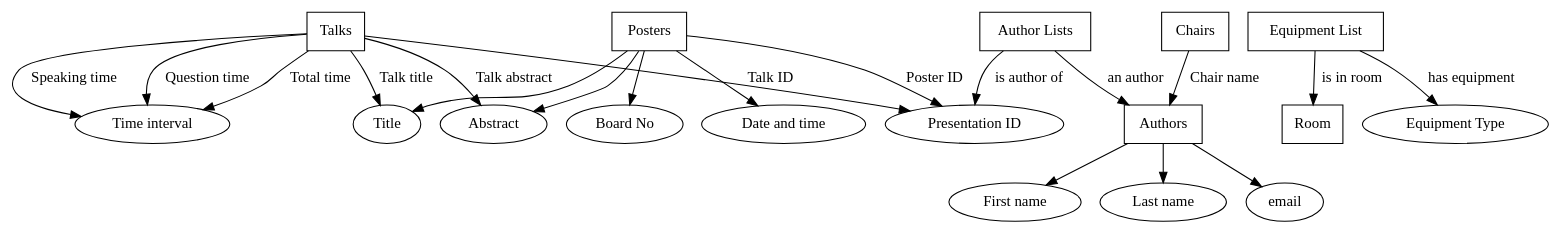
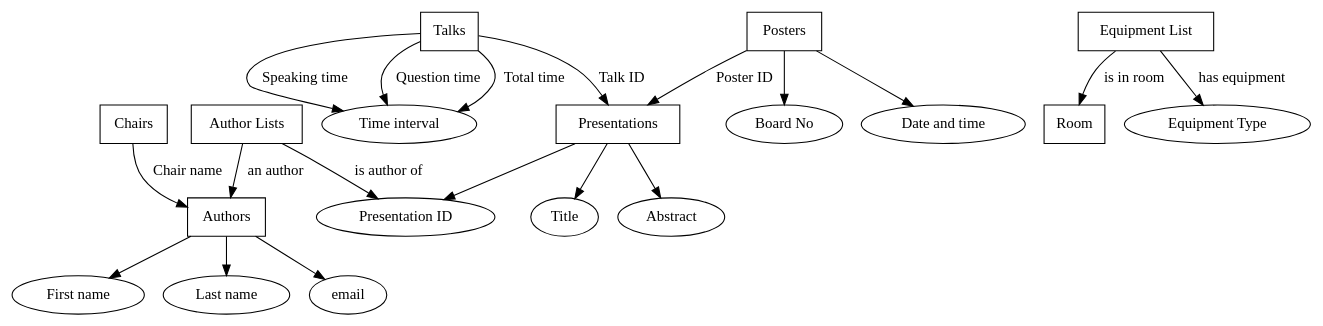
Before and after one commit to Edan97/Demonstration_Dictionary: the diagram in Concept/first_graph.dot, drawn with Graphviz. The commit also changed 1 other file, not shown here.

Commit message:
Made overall presentation category.

```diff
--- a/Concept/first_graph.dot
+++ b/Concept/first_graph.dot
@@ -1,28 +1,28 @@
 digraph G {
+"Presentations" [shape="box"]
 "Talks" [shape="box"]
 "Authors" [shape="box"]
 "Posters" [shape="box"]
 "Room" [shape="box"]
 "Chairs" [shape="box"]
 "Author Lists" [shape="box"]
 "Equipment List" [shape="box"]
-"Talks" -> "Presentation ID" [label="Talk ID"]
+"Presentations" -> "Title"
+"Presentations" -> "Abstract"
+"Presentations" -> "Presentation ID"
+"Talks" -> "Presentations" [label="Talk ID"]
 "Talks" -> "Time interval" [label="Speaking time"]
 "Talks" -> "Time interval" [label="Question time"]
 "Talks" -> "Time interval" [label="Total time"]
-"Talks" -> "Title" [label="Talk title"]
-"Talks" -> "Abstract" [label="Talk abstract"]
 "Author Lists" -> "Authors" [label="an author"]
 "Authors" -> "First name"
 "Authors" -> "Last name"
 "Authors" -> "email"
 "Author Lists" -> "Presentation ID" [label="is author of"]
 "Chairs" -> "Authors" [label="Chair name"]
-"Posters" -> "Presentation ID" [label="Poster ID"]
+"Posters" -> "Presentations" [label="Poster ID"]
 "Posters" -> "Board No"
 "Posters" -> "Date and time"
-"Posters" -> "Title"
-"Posters" -> "Abstract"
 "Equipment List" -> "Equipment Type" [label="has equipment"]
 "Equipment List" -> "Room" [label="is in room"]
 }
```
